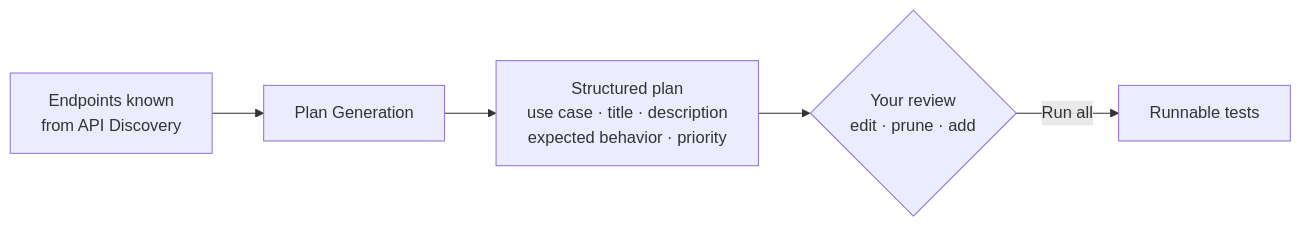
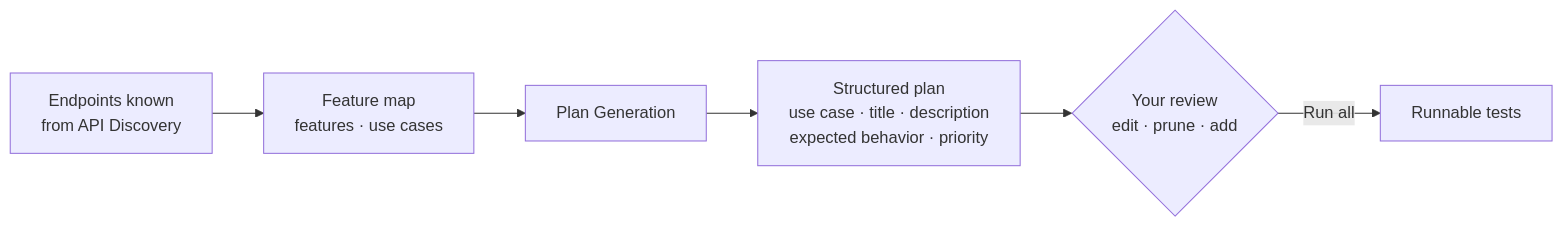
One commit to TestSprite/Docs changed the diagram in web-portal/core/api/api-plan-gen.mdx. Above: the diagram before and after it, drawn with Mermaid. The commit also changed other lines of this file and 51 other files, not shown here.

````diff
--- a/web-portal/core/api/api-plan-gen.mdx
+++ b/web-portal/core/api/api-plan-gen.mdx
@@ -15,7 +15,7 @@
 ```mermaid
 flowchart LR
-    A[Endpoints known<br/>from API Discovery] --> B[Plan Generation]
+    A[Endpoints known<br/>from API Discovery] --> M[Feature map<br/>features · use cases] --> B[Plan Generation]
     B --> C[Structured plan<br/>use case · title · description<br/>expected behavior · priority]
     C --> D{Your review<br/>edit · prune · add}
     D -->|Run all| E[Runnable tests]
 ```
````
